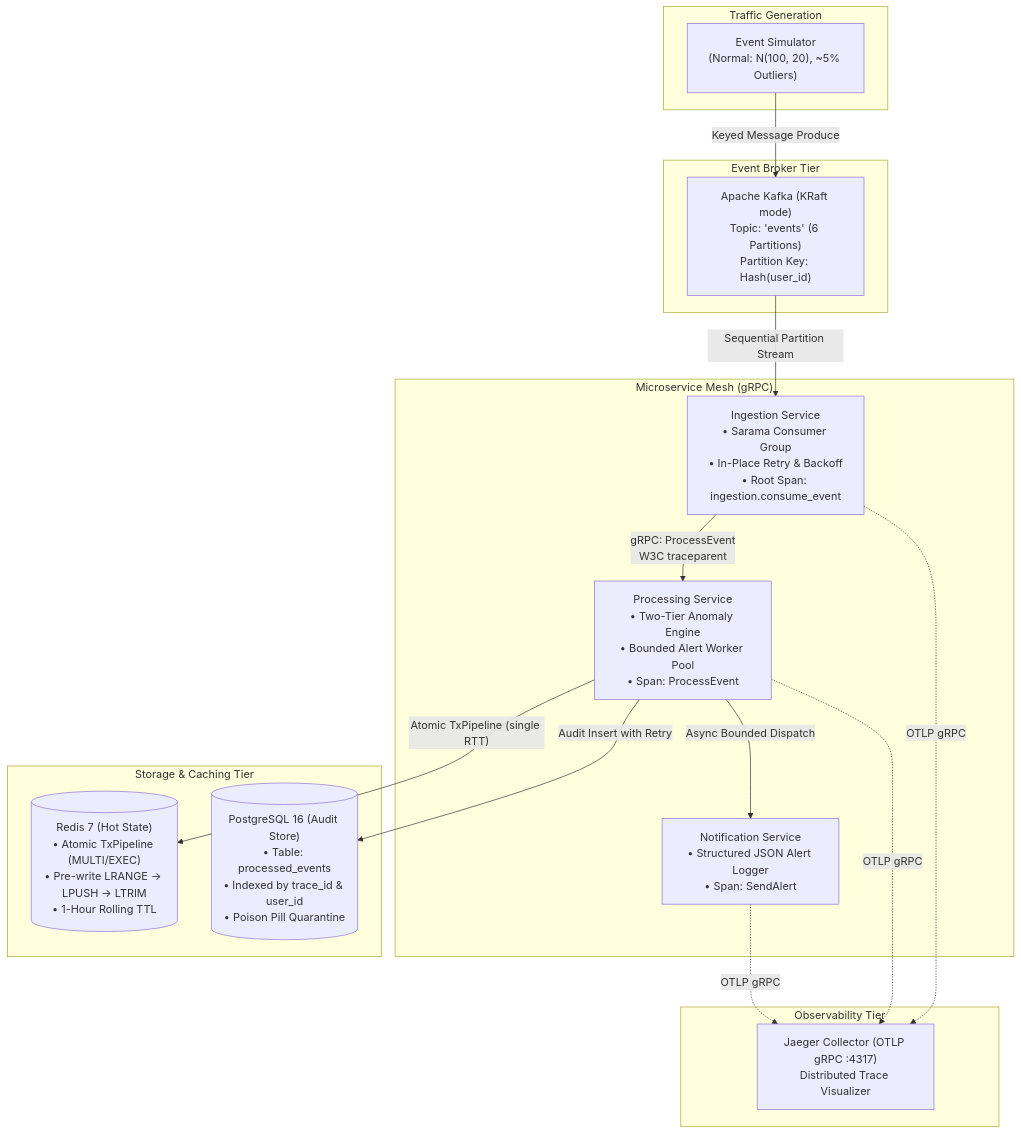
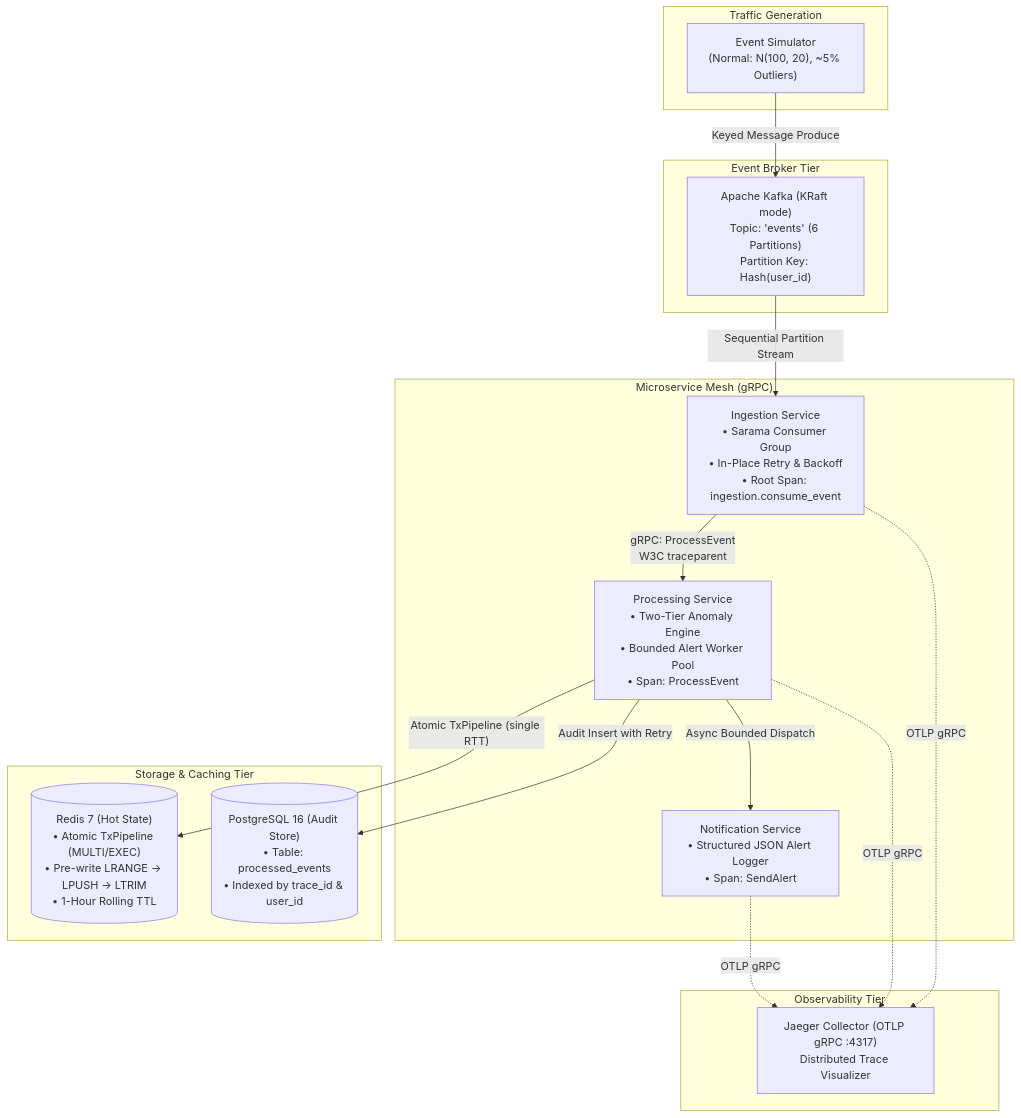
Before and after one commit to GurutejaReddy-04/surges-entry: the first of 2 diagrams in docs/architecture.md, drawn with Mermaid. The commit also changed other lines of this file and 7 other files, not shown here.

````diff
--- a/docs/architecture.md
+++ b/docs/architecture.md
@@ -10,38 +10,38 @@
 ```mermaid
 flowchart TD
     subgraph TrafficGeneration ["Traffic Generation"]
         SIM["Event Simulator<br/>(Normal: N(100, 20), ~5% Outliers)"]
     end
 
     subgraph BrokerTier ["Event Broker Tier"]
         KAFKA["Apache Kafka (KRaft mode)<br/>Topic: 'events' (6 Partitions)<br/>Partition Key: Hash(user_id)"]
     end
 
     subgraph ServiceMesh ["Microservice Mesh (gRPC)"]
         ING["Ingestion Service<br/>• Sarama Consumer Group<br/>• In-Place Retry & Backoff<br/>• Root Span: ingestion.consume_event"]
         PROC["Processing Service<br/>• Two-Tier Anomaly Engine<br/>• Bounded Alert Worker Pool<br/>• Span: ProcessEvent"]
         NOTIF["Notification Service<br/>• Structured JSON Alert Logger<br/>• Span: SendAlert"]
     end
 
     subgraph StateTier ["Storage & Caching Tier"]
         REDIS[("Redis 7 (Hot State)<br/>• Atomic TxPipeline (MULTI/EXEC)<br/>• Pre-write LRANGE -> LPUSH -> LTRIM<br/>• 1-Hour Rolling TTL")]
-        POSTGRES[("PostgreSQL 16 (Audit Store)<br/>• Table: processed_events<br/>• Indexed by trace_id & user_id<br/>• Poison Pill Quarantine")]
+        POSTGRES[("PostgreSQL 16 (Audit Store)<br/>• Table: processed_events<br/>• Indexed by trace_id & user_id")]
     end
 
     subgraph TelemetryTier ["Observability Tier"]
         JAEGER["Jaeger Collector (OTLP gRPC :4317)<br/>Distributed Trace Visualizer"]
     end
 
     %% Communications
     SIM -->|"Keyed Message Produce"| KAFKA
     KAFKA -->|"Sequential Partition Stream"| ING
     ING -->|"gRPC: ProcessEvent<br/>W3C traceparent"| PROC
     PROC -->|"Atomic TxPipeline (single RTT)"| REDIS
     PROC -->|"Audit Insert with Retry"| POSTGRES
     PROC -->|"Async Bounded Dispatch"| NOTIF
 
     %% Telemetry
     ING -.->|"OTLP gRPC"| JAEGER
     PROC -.->|"OTLP gRPC"| JAEGER
     NOTIF -.->|"OTLP gRPC"| JAEGER
 ```
````
